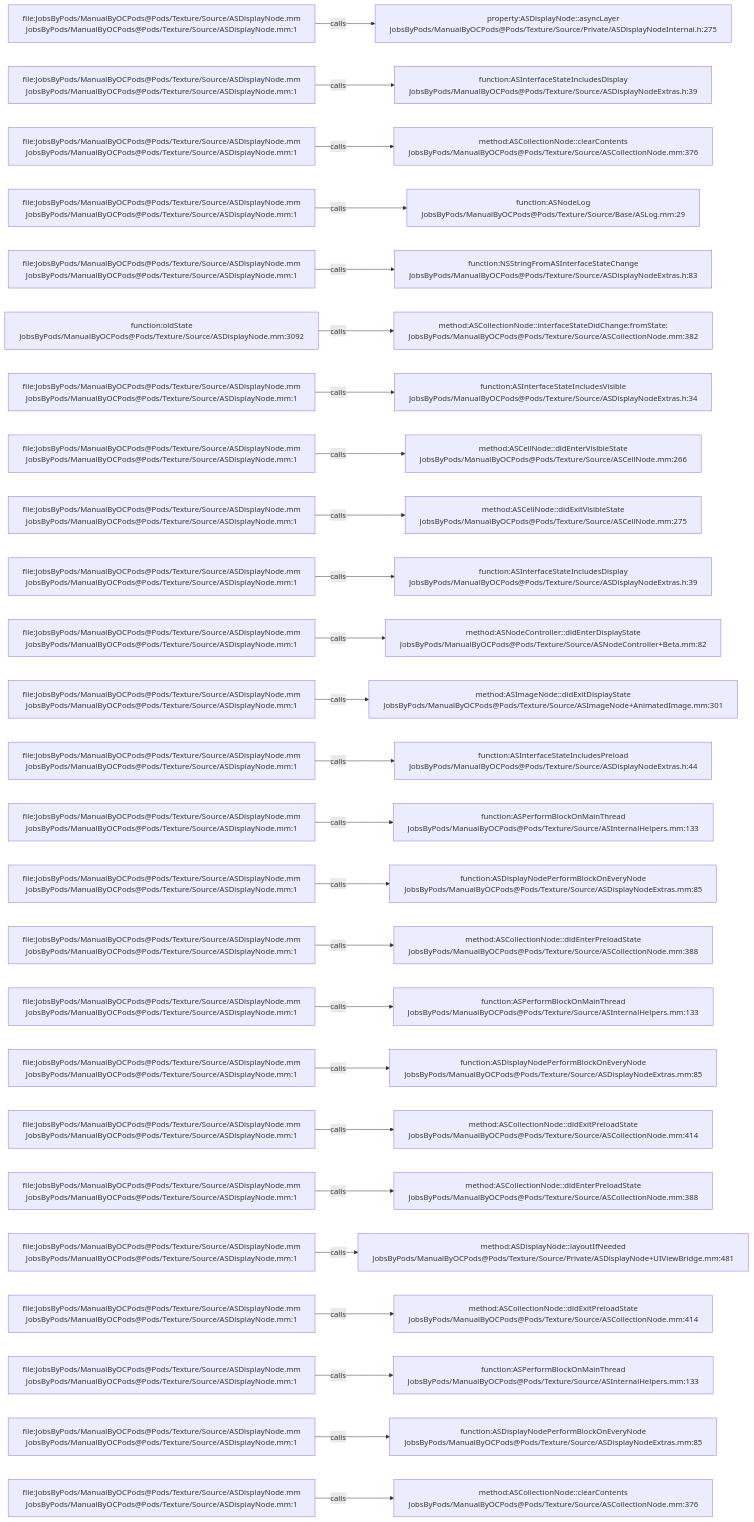
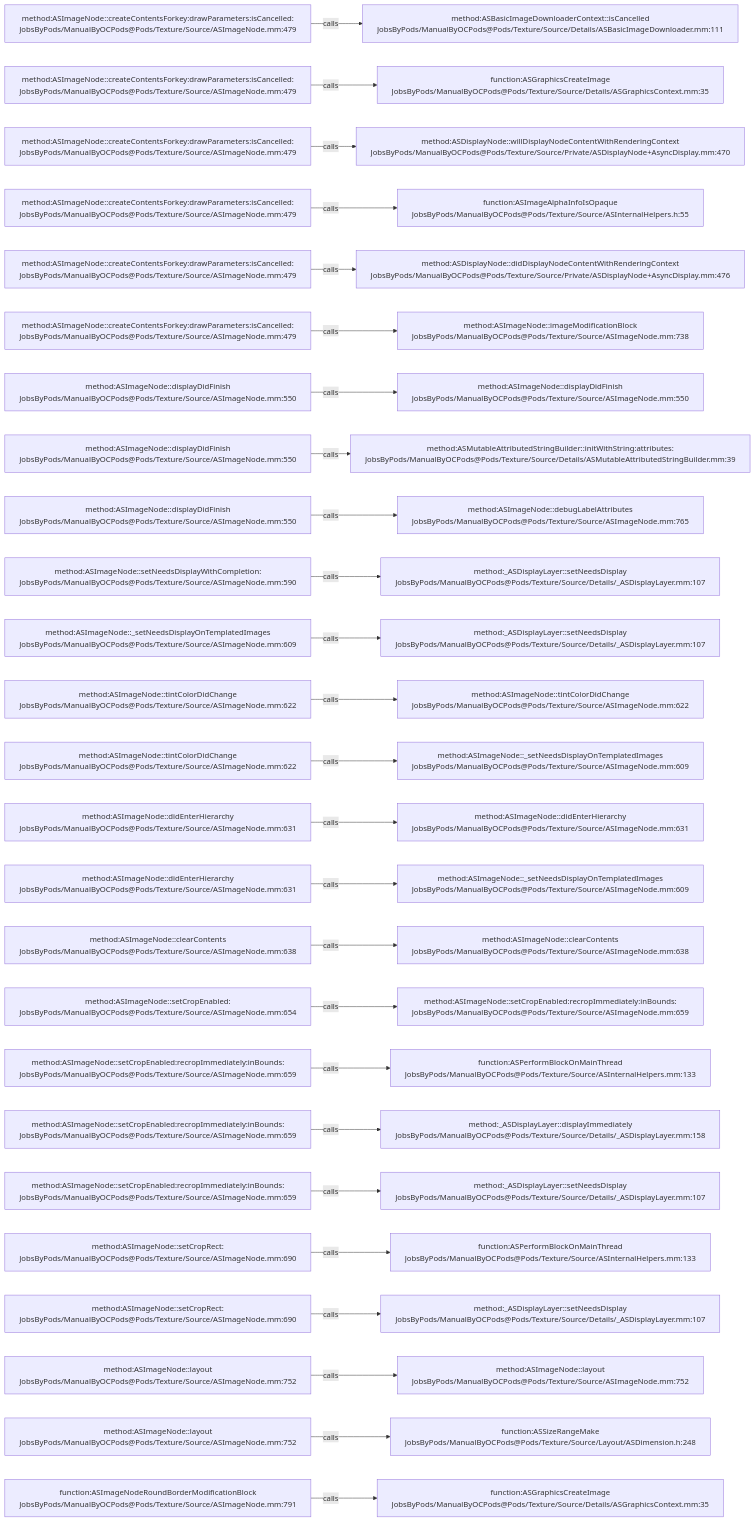
Before and after one commit to JobsKits/JobsOCBaseConfigDemo: the diagram in .codegraph/codegraph.md/graphs/calls-095.md, drawn with Mermaid. The commit also changed 2723 other files, not shown here.

````diff
--- a/.codegraph/codegraph.md/graphs/calls-095.md
+++ b/.codegraph/codegraph.md/graphs/calls-095.md
@@ -13,78 +13,78 @@
 ```mermaid
 flowchart LR
-  S1["file:JobsByPods/ManualByOCPods@Pods/Texture/Source/ASDisplayNode.mm<br/>JobsByPods/ManualByOCPods@Pods/Texture/Source/ASDisplayNode.mm:1"]
-  T1["property:ASDisplayNode::asyncLayer<br/>JobsByPods/ManualByOCPods@Pods/Texture/Source/Private/ASDisplayNodeInternal.h:275"]
+  S1["method:ASImageNode::createContentsForkey:drawParameters:isCancelled:<br/>JobsByPods/ManualByOCPods@Pods/Texture/Source/ASImageNode.mm:479"]
+  T1["method:ASBasicImageDownloaderContext::isCancelled<br/>JobsByPods/ManualByOCPods@Pods/Texture/Source/Details/ASBasicImageDownloader.mm:111"]
   S1 -->|calls| T1
-  S2["file:JobsByPods/ManualByOCPods@Pods/Texture/Source/ASDisplayNode.mm<br/>JobsByPods/ManualByOCPods@Pods/Texture/Source/ASDisplayNode.mm:1"]
-  T2["function:ASInterfaceStateIncludesDisplay<br/>JobsByPods/ManualByOCPods@Pods/Texture/Source/ASDisplayNodeExtras.h:39"]
+  S2["method:ASImageNode::createContentsForkey:drawParameters:isCancelled:<br/>JobsByPods/ManualByOCPods@Pods/Texture/Source/ASImageNode.mm:479"]
+  T2["function:ASGraphicsCreateImage<br/>JobsByPods/ManualByOCPods@Pods/Texture/Source/Details/ASGraphicsContext.mm:35"]
   S2 -->|calls| T2
-  S3["file:JobsByPods/ManualByOCPods@Pods/Texture/Source/ASDisplayNode.mm<br/>JobsByPods/ManualByOCPods@Pods/Texture/Source/ASDisplayNode.mm:1"]
-  T3["method:ASCollectionNode::clearContents<br/>JobsByPods/ManualByOCPods@Pods/Texture/Source/ASCollectionNode.mm:376"]
+  S3["method:ASImageNode::createContentsForkey:drawParameters:isCancelled:<br/>JobsByPods/ManualByOCPods@Pods/Texture/Source/ASImageNode.mm:479"]
+  T3["method:ASDisplayNode::willDisplayNodeContentWithRenderingContext<br/>JobsByPods/ManualByOCPods@Pods/Texture/Source/Private/ASDisplayNode+AsyncDisplay.mm:470"]
   S3 -->|calls| T3
-  S4["file:JobsByPods/ManualByOCPods@Pods/Texture/Source/ASDisplayNode.mm<br/>JobsByPods/ManualByOCPods@Pods/Texture/Source/ASDisplayNode.mm:1"]
-  T4["function:ASNodeLog<br/>JobsByPods/ManualByOCPods@Pods/Texture/Source/Base/ASLog.mm:29"]
+  S4["method:ASImageNode::createContentsForkey:drawParameters:isCancelled:<br/>JobsByPods/ManualByOCPods@Pods/Texture/Source/ASImageNode.mm:479"]
+  T4["function:ASImageAlphaInfoIsOpaque<br/>JobsByPods/ManualByOCPods@Pods/Texture/Source/ASInternalHelpers.h:55"]
   S4 -->|calls| T4
-  S5["file:JobsByPods/ManualByOCPods@Pods/Texture/Source/ASDisplayNode.mm<br/>JobsByPods/ManualByOCPods@Pods/Texture/Source/ASDisplayNode.mm:1"]
-  T5["function:NSStringFromASInterfaceStateChange<br/>JobsByPods/ManualByOCPods@Pods/Texture/Source/ASDisplayNodeExtras.h:83"]
+  S5["method:ASImageNode::createContentsForkey:drawParameters:isCancelled:<br/>JobsByPods/ManualByOCPods@Pods/Texture/Source/ASImageNode.mm:479"]
+  T5["method:ASDisplayNode::didDisplayNodeContentWithRenderingContext<br/>JobsByPods/ManualByOCPods@Pods/Texture/Source/Private/ASDisplayNode+AsyncDisplay.mm:476"]
   S5 -->|calls| T5
-  S6["function:oldState<br/>JobsByPods/ManualByOCPods@Pods/Texture/Source/ASDisplayNode.mm:3092"]
-  T6["method:ASCollectionNode::interfaceStateDidChange:fromState:<br/>JobsByPods/ManualByOCPods@Pods/Texture/Source/ASCollectionNode.mm:382"]
+  S6["method:ASImageNode::createContentsForkey:drawParameters:isCancelled:<br/>JobsByPods/ManualByOCPods@Pods/Texture/Source/ASImageNode.mm:479"]
+  T6["method:ASImageNode::imageModificationBlock<br/>JobsByPods/ManualByOCPods@Pods/Texture/Source/ASImageNode.mm:738"]
   S6 -->|calls| T6
-  S7["file:JobsByPods/ManualByOCPods@Pods/Texture/Source/ASDisplayNode.mm<br/>JobsByPods/ManualByOCPods@Pods/Texture/Source/ASDisplayNode.mm:1"]
-  T7["function:ASInterfaceStateIncludesVisible<br/>JobsByPods/ManualByOCPods@Pods/Texture/Source/ASDisplayNodeExtras.h:34"]
+  S7["method:ASImageNode::displayDidFinish<br/>JobsByPods/ManualByOCPods@Pods/Texture/Source/ASImageNode.mm:550"]
+  T7["method:ASImageNode::displayDidFinish<br/>JobsByPods/ManualByOCPods@Pods/Texture/Source/ASImageNode.mm:550"]
   S7 -->|calls| T7
-  S8["file:JobsByPods/ManualByOCPods@Pods/Texture/Source/ASDisplayNode.mm<br/>JobsByPods/ManualByOCPods@Pods/Texture/Source/ASDisplayNode.mm:1"]
-  T8["method:ASCellNode::didEnterVisibleState<br/>JobsByPods/ManualByOCPods@Pods/Texture/Source/ASCellNode.mm:266"]
+  S8["method:ASImageNode::displayDidFinish<br/>JobsByPods/ManualByOCPods@Pods/Texture/Source/ASImageNode.mm:550"]
+  T8["method:ASMutableAttributedStringBuilder::initWithString:attributes:<br/>JobsByPods/ManualByOCPods@Pods/Texture/Source/Details/ASMutableAttributedStringBuilder.mm:39"]
   S8 -->|calls| T8
-  S9["file:JobsByPods/ManualByOCPods@Pods/Texture/Source/ASDisplayNode.mm<br/>JobsByPods/ManualByOCPods@Pods/Texture/Source/ASDisplayNode.mm:1"]
-  T9["method:ASCellNode::didExitVisibleState<br/>JobsByPods/ManualByOCPods@Pods/Texture/Source/ASCellNode.mm:275"]
+  S9["method:ASImageNode::displayDidFinish<br/>JobsByPods/ManualByOCPods@Pods/Texture/Source/ASImageNode.mm:550"]
+  T9["method:ASImageNode::debugLabelAttributes<br/>JobsByPods/ManualByOCPods@Pods/Texture/Source/ASImageNode.mm:765"]
   S9 -->|calls| T9
-  S10["file:JobsByPods/ManualByOCPods@Pods/Texture/Source/ASDisplayNode.mm<br/>JobsByPods/ManualByOCPods@Pods/Texture/Source/ASDisplayNode.mm:1"]
-  T10["function:ASInterfaceStateIncludesDisplay<br/>JobsByPods/ManualByOCPods@Pods/Texture/Source/ASDisplayNodeExtras.h:39"]
+  S10["method:ASImageNode::setNeedsDisplayWithCompletion:<br/>JobsByPods/ManualByOCPods@Pods/Texture/Source/ASImageNode.mm:590"]
+  T10["method:_ASDisplayLayer::setNeedsDisplay<br/>JobsByPods/ManualByOCPods@Pods/Texture/Source/Details/_ASDisplayLayer.mm:107"]
   S10 -->|calls| T10
-  S11["file:JobsByPods/ManualByOCPods@Pods/Texture/Source/ASDisplayNode.mm<br/>JobsByPods/ManualByOCPods@Pods/Texture/Source/ASDisplayNode.mm:1"]
-  T11["method:ASNodeController::didEnterDisplayState<br/>JobsByPods/ManualByOCPods@Pods/Texture/Source/ASNodeController+Beta.mm:82"]
+  S11["method:ASImageNode::_setNeedsDisplayOnTemplatedImages<br/>JobsByPods/ManualByOCPods@Pods/Texture/Source/ASImageNode.mm:609"]
+  T11["method:_ASDisplayLayer::setNeedsDisplay<br/>JobsByPods/ManualByOCPods@Pods/Texture/Source/Details/_ASDisplayLayer.mm:107"]
   S11 -->|calls| T11
-  S12["file:JobsByPods/ManualByOCPods@Pods/Texture/Source/ASDisplayNode.mm<br/>JobsByPods/ManualByOCPods@Pods/Texture/Source/ASDisplayNode.mm:1"]
-  T12["method:ASImageNode::didExitDisplayState<br/>JobsByPods/ManualByOCPods@Pods/Texture/Source/ASImageNode+AnimatedImage.mm:301"]
+  S12["method:ASImageNode::tintColorDidChange<br/>JobsByPods/ManualByOCPods@Pods/Texture/Source/ASImageNode.mm:622"]
+  T12["method:ASImageNode::tintColorDidChange<br/>JobsByPods/ManualByOCPods@Pods/Texture/Source/ASImageNode.mm:622"]
   S12 -->|calls| T12
-  S13["file:JobsByPods/ManualByOCPods@Pods/Texture/Source/ASDisplayNode.mm<br/>JobsByPods/ManualByOCPods@Pods/Texture/Source/ASDisplayNode.mm:1"]
-  T13["function:ASInterfaceStateIncludesPreload<br/>JobsByPods/ManualByOCPods@Pods/Texture/Source/ASDisplayNodeExtras.h:44"]
+  S13["method:ASImageNode::tintColorDidChange<br/>JobsByPods/ManualByOCPods@Pods/Texture/Source/ASImageNode.mm:622"]
+  T13["method:ASImageNode::_setNeedsDisplayOnTemplatedImages<br/>JobsByPods/ManualByOCPods@Pods/Texture/Source/ASImageNode.mm:609"]
   S13 -->|calls| T13
-  S14["file:JobsByPods/ManualByOCPods@Pods/Texture/Source/ASDisplayNode.mm<br/>JobsByPods/ManualByOCPods@Pods/Texture/Source/ASDisplayNode.mm:1"]
-  T14["function:ASPerformBlockOnMainThread<br/>JobsByPods/ManualByOCPods@Pods/Texture/Source/ASInternalHelpers.mm:133"]
+  S14["method:ASImageNode::didEnterHierarchy<br/>JobsByPods/ManualByOCPods@Pods/Texture/Source/ASImageNode.mm:631"]
+  T14["method:ASImageNode::didEnterHierarchy<br/>JobsByPods/ManualByOCPods@Pods/Texture/Source/ASImageNode.mm:631"]
   S14 -->|calls| T14
-  S15["file:JobsByPods/ManualByOCPods@Pods/Texture/Source/ASDisplayNode.mm<br/>JobsByPods/ManualByOCPods@Pods/Texture/Source/ASDisplayNode.mm:1"]
-  T15["function:ASDisplayNodePerformBlockOnEveryNode<br/>JobsByPods/ManualByOCPods@Pods/Texture/Source/ASDisplayNodeExtras.mm:85"]
+  S15["method:ASImageNode::didEnterHierarchy<br/>JobsByPods/ManualByOCPods@Pods/Texture/Source/ASImageNode.mm:631"]
+  T15["method:ASImageNode::_setNeedsDisplayOnTemplatedImages<br/>JobsByPods/ManualByOCPods@Pods/Texture/Source/ASImageNode.mm:609"]
   S15 -->|calls| T15
-  S16["file:JobsByPods/ManualByOCPods@Pods/Texture/Source/ASDisplayNode.mm<br/>JobsByPods/ManualByOCPods@Pods/Texture/Source/ASDisplayNode.mm:1"]
-  T16["method:ASCollectionNode::didEnterPreloadState<br/>JobsByPods/ManualByOCPods@Pods/Texture/Source/ASCollectionNode.mm:388"]
+  S16["method:ASImageNode::clearContents<br/>JobsByPods/ManualByOCPods@Pods/Texture/Source/ASImageNode.mm:638"]
+  T16["method:ASImageNode::clearContents<br/>JobsByPods/ManualByOCPods@Pods/Texture/Source/ASImageNode.mm:638"]
   S16 -->|calls| T16
-  S17["file:JobsByPods/ManualByOCPods@Pods/Texture/Source/ASDisplayNode.mm<br/>JobsByPods/ManualByOCPods@Pods/Texture/Source/ASDisplayNode.mm:1"]
-  T17["function:ASPerformBlockOnMainThread<br/>JobsByPods/ManualByOCPods@Pods/Texture/Source/ASInternalHelpers.mm:133"]
+  S17["method:ASImageNode::setCropEnabled:<br/>JobsByPods/ManualByOCPods@Pods/Texture/Source/ASImageNode.mm:654"]
+  T17["method:ASImageNode::setCropEnabled:recropImmediately:inBounds:<br/>JobsByPods/ManualByOCPods@Pods/Texture/Source/ASImageNode.mm:659"]
   S17 -->|calls| T17
-  S18["file:JobsByPods/ManualByOCPods@Pods/Texture/Source/ASDisplayNode.mm<br/>JobsByPods/ManualByOCPods@Pods/Texture/Source/ASDisplayNode.mm:1"]
-  T18["function:ASDisplayNodePerformBlockOnEveryNode<br/>JobsByPods/ManualByOCPods@Pods/Texture/Source/ASDisplayNodeExtras.mm:85"]
+  S18["method:ASImageNode::setCropEnabled:recropImmediately:inBounds:<br/>JobsByPods/ManualByOCPods@Pods/Texture/Source/ASImageNode.mm:659"]
+  T18["function:ASPerformBlockOnMainThread<br/>JobsByPods/ManualByOCPods@Pods/Texture/Source/ASInternalHelpers.mm:133"]
   S18 -->|calls| T18
-  S19["file:JobsByPods/ManualByOCPods@Pods/Texture/Source/ASDisplayNode.mm<br/>JobsByPods/ManualByOCPods@Pods/Texture/Source/ASDisplayNode.mm:1"]
-  T19["method:ASCollectionNode::didExitPreloadState<br/>JobsByPods/ManualByOCPods@Pods/Texture/Source/ASCollectionNode.mm:414"]
+  S19["method:ASImageNode::setCropEnabled:recropImmediately:inBounds:<br/>JobsByPods/ManualByOCPods@Pods/Texture/Source/ASImageNode.mm:659"]
+  T19["method:_ASDisplayLayer::displayImmediately<br/>JobsByPods/ManualByOCPods@Pods/Texture/Source/Details/_ASDisplayLayer.mm:158"]
   S19 -->|calls| T19
-  S20["file:JobsByPods/ManualByOCPods@Pods/Texture/Source/ASDisplayNode.mm<br/>JobsByPods/ManualByOCPods@Pods/Texture/Source/ASDisplayNode.mm:1"]
-  T20["method:ASCollectionNode::didEnterPreloadState<br/>JobsByPods/ManualByOCPods@Pods/Texture/Source/ASCollectionNode.mm:388"]
+  S20["method:ASImageNode::setCropEnabled:recropImmediately:inBounds:<br/>JobsByPods/ManualByOCPods@Pods/Texture/Source/ASImageNode.mm:659"]
+  T20["method:_ASDisplayLayer::setNeedsDisplay<br/>JobsByPods/ManualByOCPods@Pods/Texture/Source/Details/_ASDisplayLayer.mm:107"]
   S20 -->|calls| T20
-  S21["file:JobsByPods/ManualByOCPods@Pods/Texture/Source/ASDisplayNode.mm<br/>JobsByPods/ManualByOCPods@Pods/Texture/Source/ASDisplayNode.mm:1"]
-  T21["method:ASDisplayNode::layoutIfNeeded<br/>JobsByPods/ManualByOCPods@Pods/Texture/Source/Private/ASDisplayNode+UIViewBridge.mm:481"]
+  S21["method:ASImageNode::setCropRect:<br/>JobsByPods/ManualByOCPods@Pods/Texture/Source/ASImageNode.mm:690"]
+  T21["function:ASPerformBlockOnMainThread<br/>JobsByPods/ManualByOCPods@Pods/Texture/Source/ASInternalHelpers.mm:133"]
   S21 -->|calls| T21
-  S22["file:JobsByPods/ManualByOCPods@Pods/Texture/Source/ASDisplayNode.mm<br/>JobsByPods/ManualByOCPods@Pods/Texture/Source/ASDisplayNode.mm:1"]
-  T22["method:ASCollectionNode::didExitPreloadState<br/>JobsByPods/ManualByOCPods@Pods/Texture/Source/ASCollectionNode.mm:414"]
+  S22["method:ASImageNode::setCropRect:<br/>JobsByPods/ManualByOCPods@Pods/Texture/Source/ASImageNode.mm:690"]
+  T22["method:_ASDisplayLayer::setNeedsDisplay<br/>JobsByPods/ManualByOCPods@Pods/Texture/Source/Details/_ASDisplayLayer.mm:107"]
   S22 -->|calls| T22
-  S23["file:JobsByPods/ManualByOCPods@Pods/Texture/Source/ASDisplayNode.mm<br/>JobsByPods/ManualByOCPods@Pods/Texture/Source/ASDisplayNode.mm:1"]
-  T23["function:ASPerformBlockOnMainThread<br/>JobsByPods/ManualByOCPods@Pods/Texture/Source/ASInternalHelpers.mm:133"]
+  S23["method:ASImageNode::layout<br/>JobsByPods/ManualByOCPods@Pods/Texture/Source/ASImageNode.mm:752"]
+  T23["method:ASImageNode::layout<br/>JobsByPods/ManualByOCPods@Pods/Texture/Source/ASImageNode.mm:752"]
   S23 -->|calls| T23
-  S24["file:JobsByPods/ManualByOCPods@Pods/Texture/Source/ASDisplayNode.mm<br/>JobsByPods/ManualByOCPods@Pods/Texture/Source/ASDisplayNode.mm:1"]
-  T24["function:ASDisplayNodePerformBlockOnEveryNode<br/>JobsByPods/ManualByOCPods@Pods/Texture/Source/ASDisplayNodeExtras.mm:85"]
+  S24["method:ASImageNode::layout<br/>JobsByPods/ManualByOCPods@Pods/Texture/Source/ASImageNode.mm:752"]
+  T24["function:ASSizeRangeMake<br/>JobsByPods/ManualByOCPods@Pods/Texture/Source/Layout/ASDimension.h:248"]
   S24 -->|calls| T24
-  S25["file:JobsByPods/ManualByOCPods@Pods/Texture/Source/ASDisplayNode.mm<br/>JobsByPods/ManualByOCPods@Pods/Texture/Source/ASDisplayNode.mm:1"]
-  T25["method:ASCollectionNode::clearContents<br/>JobsByPods/ManualByOCPods@Pods/Texture/Source/ASCollectionNode.mm:376"]
+  S25["function:ASImageNodeRoundBorderModificationBlock<br/>JobsByPods/ManualByOCPods@Pods/Texture/Source/ASImageNode.mm:791"]
+  T25["function:ASGraphicsCreateImage<br/>JobsByPods/ManualByOCPods@Pods/Texture/Source/Details/ASGraphicsContext.mm:35"]
   S25 -->|calls| T25
 ```
````
